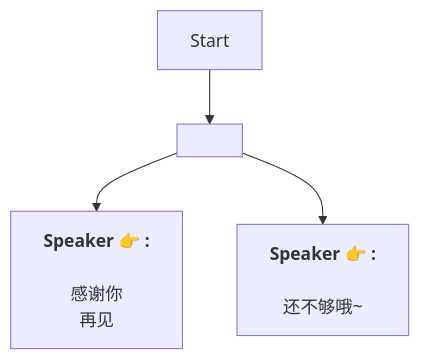
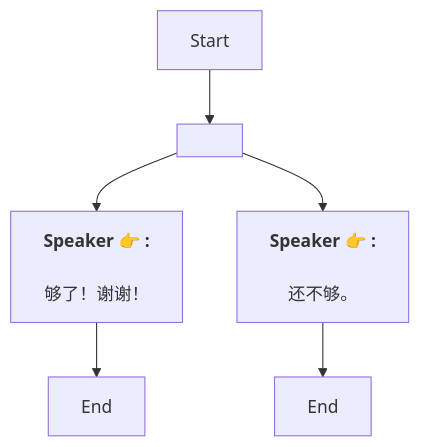
Before and after one commit to SoftHu/tos_avg: the diagram in Zh/QuestNPCDeliveryENode_1747047147014397.md, drawn with Mermaid. The commit also changed 410 other files, not shown here.

````diff
--- a/Zh/QuestNPCDeliveryENode_1747047147014397.md
+++ b/Zh/QuestNPCDeliveryENode_1747047147014397.md
@@ -1,9 +1,11 @@
 ```mermaid
 graph
-Start -->1756340482953736[ ]
-1756340482953736 -->1747047181354242[<b>Speaker 👉 :</b>
-\n感谢你\n再见]
-1756340482953736 -->1756336692089353[<b>Speaker 👉 :</b>
-\n还不够哦~]
+Start -->1775081491433818[ ]
+1775081491433818 -->1775081524807005[<b>Speaker 👉 :</b>
+\n够了！谢谢！]
+1775081491433818 -->1775081504499035[<b>Speaker 👉 :</b>
+\n还不够。]
+1775081524807005 -->1775081544174943[End]
+1775081504499035 -->1775081546221920[End]
 
 ```
````
